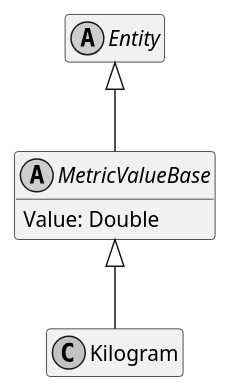
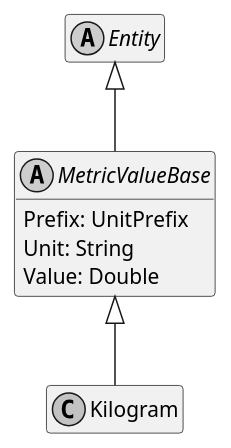
One commit to ObiWanLansi/DoofesZeug changed the diagram in Documentation/Generated/Entities/DoofesZeug.Entities.Science.Base.Weight/Kilogram.puml. Above: the diagram before and after it, drawn with PlantUML. The commit also changed 106 other files, not shown here.

```diff
--- a/Documentation/Generated/Entities/DoofesZeug.Entities.Science.Base.Weight/Kilogram.puml
+++ b/Documentation/Generated/Entities/DoofesZeug.Entities.Science.Base.Weight/Kilogram.puml
@@ -1,19 +1,21 @@
 @startuml
 skinparam monochrome true
 hide empty members
 
 abstract class Entity {
 }
 
 Entity <|-- MetricValueBase
 
 abstract class MetricValueBase {
+    Prefix: UnitPrefix
+    Unit: String
     Value: Double
 }
 
 MetricValueBase <|-- Kilogram
 
 class Kilogram {
 }
 
 @enduml
```
